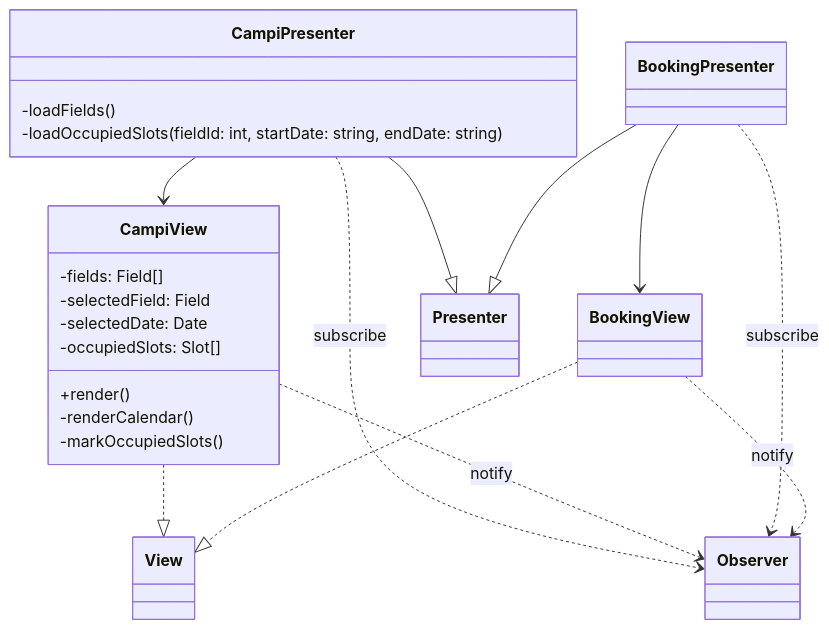
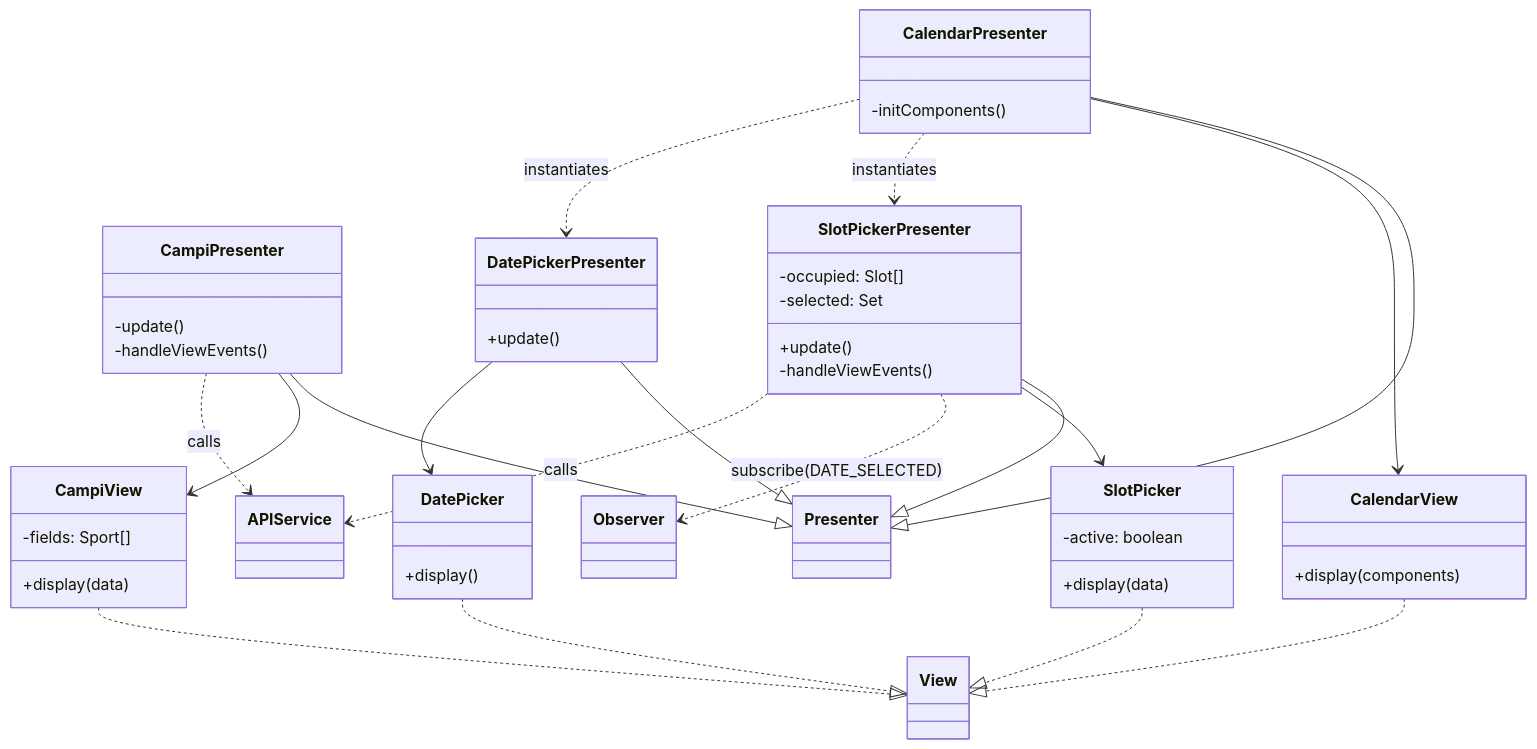
The fourth of 4 diagrams in docuai/classi_uc03_uc04.md (mb4dev/progetto-prova), drawn with Mermaid before and after one commit. The commit also changed 7 other files, not shown here.

````diff
--- a/docuai/classi_uc03_uc04.md
+++ b/docuai/classi_uc03_uc04.md
@@ -108,31 +108,63 @@
 ```mermaid
 classDiagram
 
 class CampiView {
-    -fields: Field[]
-    -selectedField: Field
-    -selectedDate: Date
-    -occupiedSlots: Slot[]
-    +render() 
-    -renderCalendar() 
-    -markOccupiedSlots() 
+    -fields: Sport[]
+    +display(data) 
 }
 
 class CampiPresenter {
-    -loadFields() 
-    -loadOccupiedSlots(fieldId: int, startDate: string, endDate: string) 
+    -update()
+    -handleViewEvents()
+}
+
+class CalendarView {
+    +display(components)
+}
+
+class CalendarPresenter {
+    -initComponents()
+}
+
+class SlotPicker {
+    -active: boolean
+    +display(data)
+}
+
+class SlotPickerPresenter {
+    -occupied: Slot[]
+    -selected: Set
+    +update()
+    -handleViewEvents()
+}
+
+class DatePicker {
+    +display()
+}
+
+class DatePickerPresenter {
+    +update()
 }
 
 CampiView ..|> View
-BookingView ..|> View
+CalendarView ..|> View
+SlotPicker ..|> View
+DatePicker ..|> View
+
 CampiPresenter --|> Presenter
-BookingPresenter --|> Presenter
+CalendarPresenter --|> Presenter
+SlotPickerPresenter --|> Presenter
+DatePickerPresenter --|> Presenter
 
 CampiPresenter --> CampiView
-BookingPresenter --> BookingView
+CalendarPresenter --> CalendarView
+SlotPickerPresenter --> SlotPicker
+DatePickerPresenter --> DatePicker
 
-CampiPresenter ..> Observer : subscribe
-CampiView ..> Observer : notify
-BookingPresenter ..> Observer : subscribe
-BookingView ..> Observer : notify
+CalendarPresenter ..> SlotPickerPresenter : instantiates
+CalendarPresenter ..> DatePickerPresenter : instantiates
+
+SlotPickerPresenter ..> Observer : subscribe(DATE_SELECTED)
+SlotPickerPresenter ..> APIService : calls
+CampiPresenter ..> APIService : calls
 ```
````
